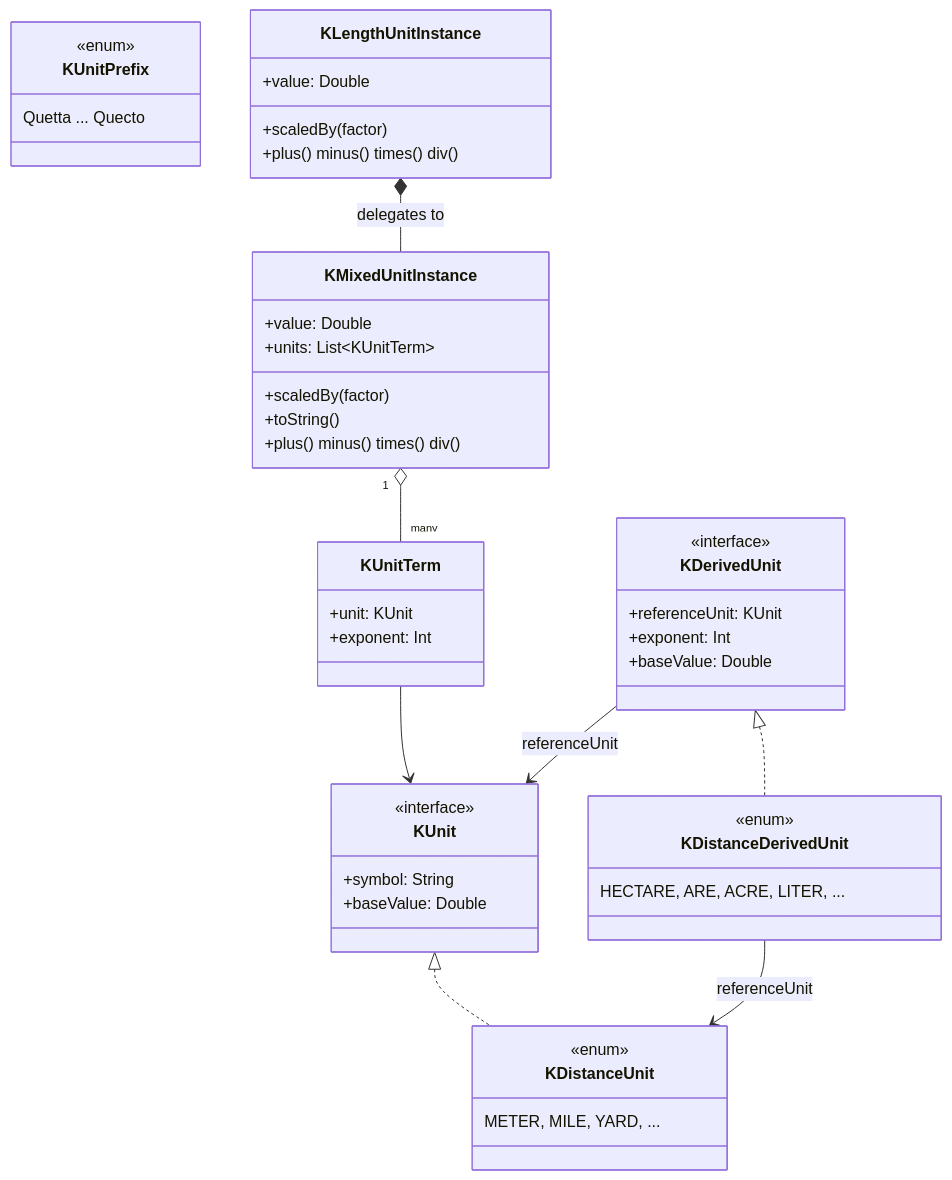
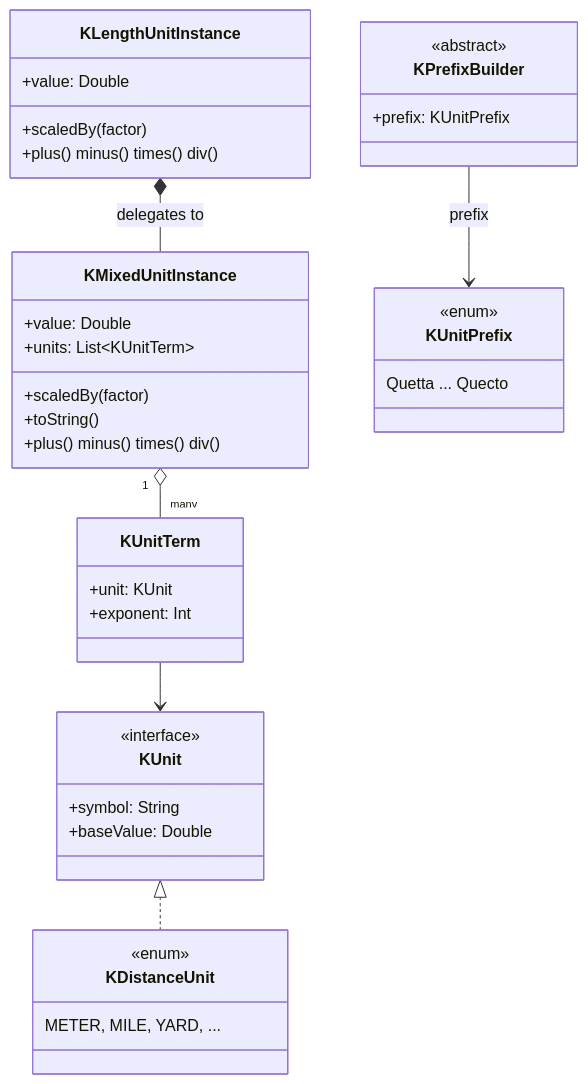
Before and after one commit to KleinerHacker/kunit: the diagram in README.ja.md, drawn with Mermaid. The commit also changed 34 other files, not shown here.

````diff
--- a/README.ja.md
+++ b/README.ja.md
@@ -77,52 +77,44 @@
 ```mermaid
 classDiagram
     class KUnit {
         <<interface>>
         +symbol: String
         +baseValue: Double
     }
     class KMixedUnitInstance {
         +value: Double
         +units: List~KUnitTerm~
         +scaledBy(factor)
         +toString()
         +plus() minus() times() div()
     }
     class KUnitTerm {
         +unit: KUnit
         +exponent: Int
     }
     class KUnitPrefix {
         <<enum>>
         Quetta ... Quecto
     }
-    class KDerivedUnit {
-        <<interface>>
-        +referenceUnit: KUnit
-        +exponent: Int
-        +baseValue: Double
+    class KPrefixBuilder {
+        <<abstract>>
+        +prefix: KUnitPrefix
     }
 
     KMixedUnitInstance "1" o-- "many" KUnitTerm
     KUnitTerm --> KUnit
-    KDerivedUnit --> KUnit : referenceUnit
+    KPrefixBuilder --> KUnitPrefix : prefix
 
     class KDistanceUnit {
         <<enum>>
         METER, MILE, YARD, ...
     }
     class KLengthUnitInstance {
         +value: Double
         +scaledBy(factor)
         +plus() minus() times() div()
     }
-    class KDistanceDerivedUnit {
-        <<enum>>
-        HECTARE, ARE, ACRE, LITER, ...
-    }
 
     KUnit <|.. KDistanceUnit
-    KDerivedUnit <|.. KDistanceDerivedUnit
     KLengthUnitInstance *-- KMixedUnitInstance : delegates to
-    KDistanceDerivedUnit --> KDistanceUnit : referenceUnit
 ```
````
